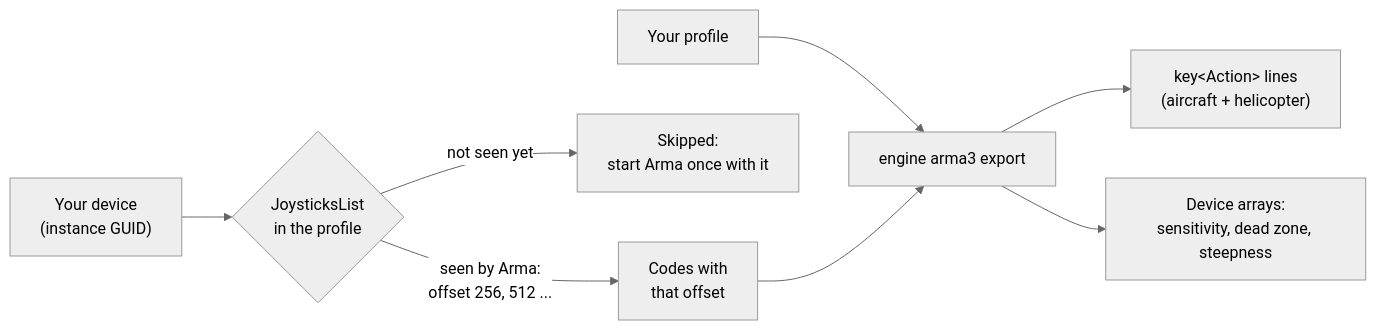
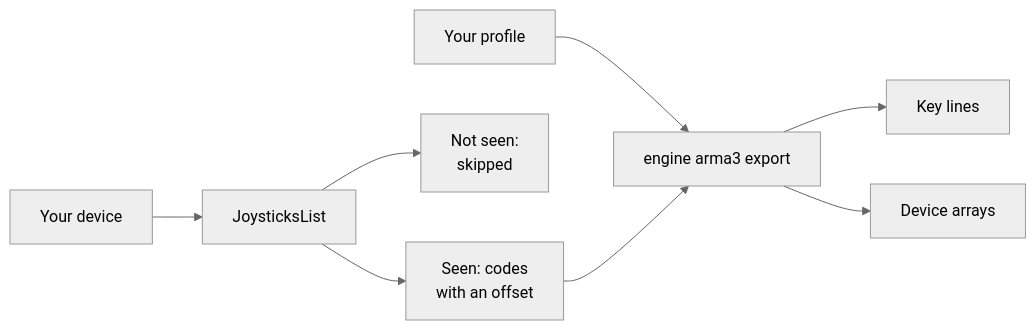
Before and after one commit to Holdi601/JoystickProfiler2: the diagram in website/content/games/arma3.md, drawn with Mermaid (neutral theme). The commit also changed other lines of this file and 718 other files, not shown here.

````diff
--- a/website/content/games/arma3.md
+++ b/website/content/games/arma3.md
@@ -20,10 +155,11 @@
 ```mermaid
+%% caption: Arma must have seen a device once (its instance GUID in JoysticksList of the profile). Each device it saw gets its own range of codes (offset 256, 512 ...); a device not seen yet is skipped: start Arma once with it. Export writes the key lines of the aircraft and helicopter actions and the device arrays (sensitivity, dead zone, steepness).
 flowchart LR
-  D["Your device<br/>(instance GUID)"] --> J{"JoysticksList<br/>in the profile"}
-  J -->|"seen by Arma:<br/>offset 256, 512 ..."| C["Codes with<br/>that offset"]
-  J -->|"not seen yet"| S["Skipped:<br/>start Arma once with it"]
+  D["Your device"] --> J["JoysticksList"]
+  J --> C["Seen: codes<br/>with an offset"]
+  J --> S["Not seen:<br/>skipped"]
   P["Your profile"] --> E["engine arma3 export"]
   C --> E
-  E --> L["key&lt;Action&gt; lines<br/>(aircraft + helicopter)"]
-  E --> A["Device arrays:<br/>sensitivity, dead zone, steepness"]
+  E --> L["Key lines"]
+  E --> A["Device arrays"]
 ```
````
